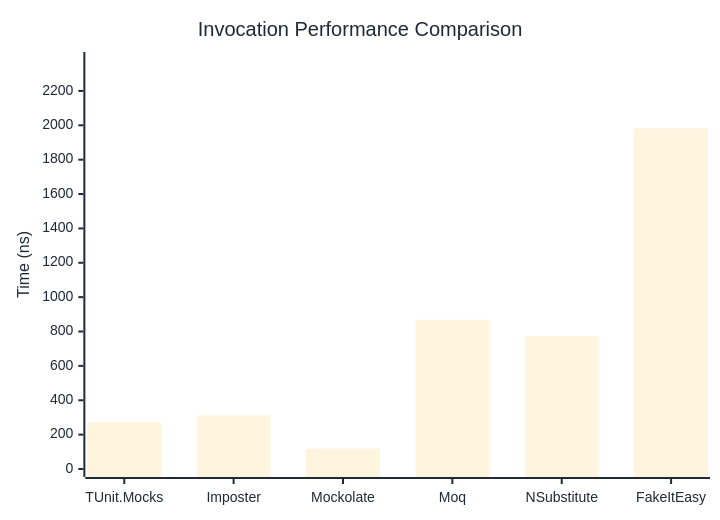
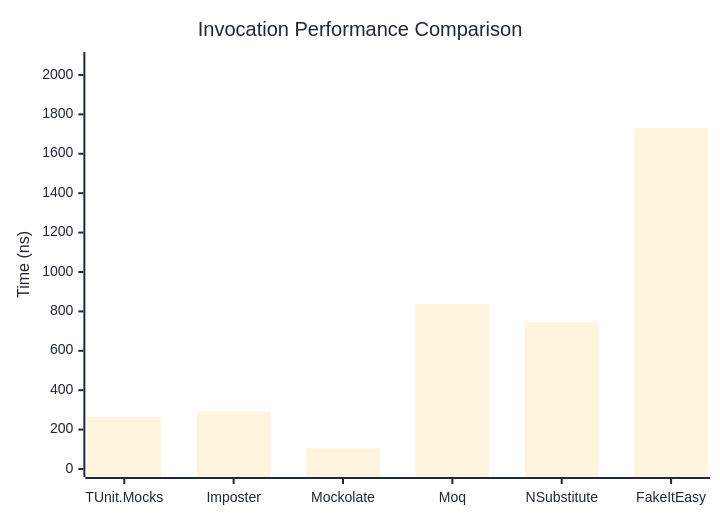
Before and after one commit to thomhurst/TUnit: the first of 3 diagrams in docs/docs/benchmarks/mocks/Invocation.md, drawn with Mermaid. The commit also changed other lines of this file and 14 other files, not shown here.

````diff
--- a/docs/docs/benchmarks/mocks/Invocation.md
+++ b/docs/docs/benchmarks/mocks/Invocation.md
@@ -28,27 +28,27 @@
 ```mermaid
 %%{init: {
   'theme':'base',
   'themeVariables': {
     'primaryColor': '#2563eb',
     'primaryTextColor': '#1f2937',
     'primaryBorderColor': '#1e40af',
     'lineColor': '#6b7280',
     'secondaryColor': '#7c3aed',
     'tertiaryColor': '#dc2626',
     'background': '#ffffff',
     'pie1': '#2563eb',
     'pie2': '#7c3aed',
     'pie3': '#dc2626',
     'pie4': '#f59e0b',
     'pie5': '#10b981',
     'pie6': '#06b6d4',
     'pie7': '#ec4899',
     'pie8': '#6366f1'
   }
 }}%%
 xychart-beta
   title "Invocation Performance Comparison"
   x-axis ["TUnit.Mocks", "Imposter", "Mockolate", "Moq", "NSubstitute", "FakeItEasy"]
-  y-axis "Time (ns)" 0 --> 2380
-  bar [270.4, 312.3, 118.1, 868.5, 774.5, 1983]
+  y-axis "Time (ns)" 0 --> 2076
+  bar [264.97, 291.89, 104.91, 837.8, 746.03, 1729.42]
 ```
````
